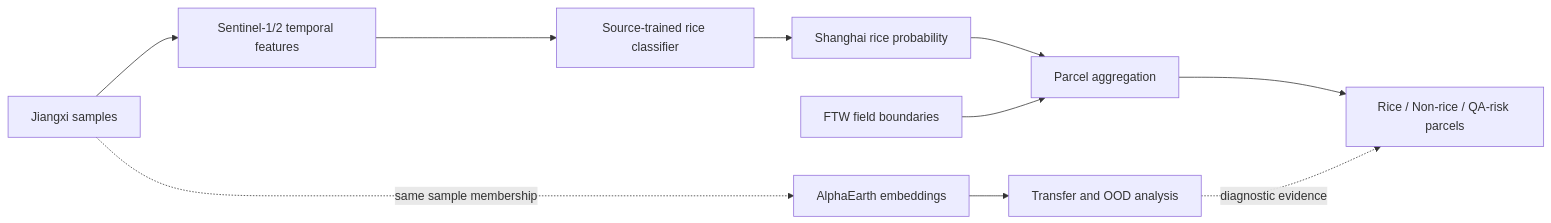
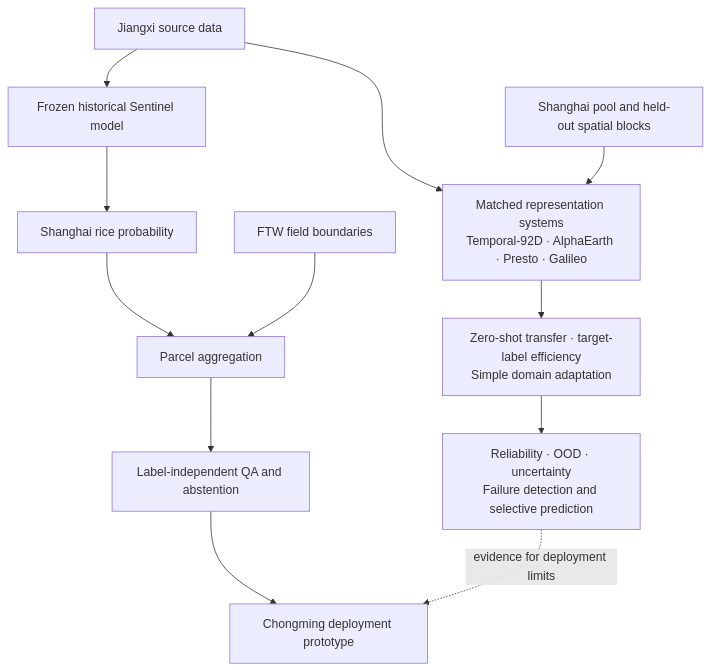
The diagram in README.md (raccoon663/Shanghai-cross-region-rice-mapping), drawn with Mermaid before and after one commit. The commit also changed other lines of this file and 3 other files, not shown here.

Commit message:
docs: integrate transfer adaptation and reliability study

````diff
--- a/README.md
+++ b/README.md
@@ -22,13 +28,14 @@
 ```mermaid
-flowchart LR
-    J[Jiangxi samples] --> S[Sentinel-1/2 temporal features]
-    S --> R[Source-trained rice classifier]
-    R --> M[Shanghai rice probability]
-    M --> P[Parcel aggregation]
-    F[FTW field boundaries] --> P
-    P --> Q[Rice / Non-rice / QA-risk parcels]
-
-    J -. same sample membership .-> A[AlphaEarth embeddings]
-    A --> O[Transfer and OOD analysis]
-    O -. diagnostic evidence .-> Q
+flowchart TD
+    J["Jiangxi source data"] --> R["Matched representation systems<br/>Temporal-92D · AlphaEarth · Presto · Galileo"]
+    T["Shanghai pool and held-out spatial blocks"] --> R
+    R --> A["Zero-shot transfer · target-label efficiency<br/>Simple domain adaptation"]
+    A --> U["Reliability · OOD · uncertainty<br/>Failure detection and selective prediction"]
+    J --> H["Frozen historical Sentinel model"]
+    H --> M["Shanghai rice probability"]
+    M --> P["Parcel aggregation"]
+    F["FTW field boundaries"] --> P
+    P --> Q["Label-independent QA and abstention"]
+    Q --> D["Chongming deployment prototype"]
+    U -. "evidence for deployment limits" .-> D
 ```
````
